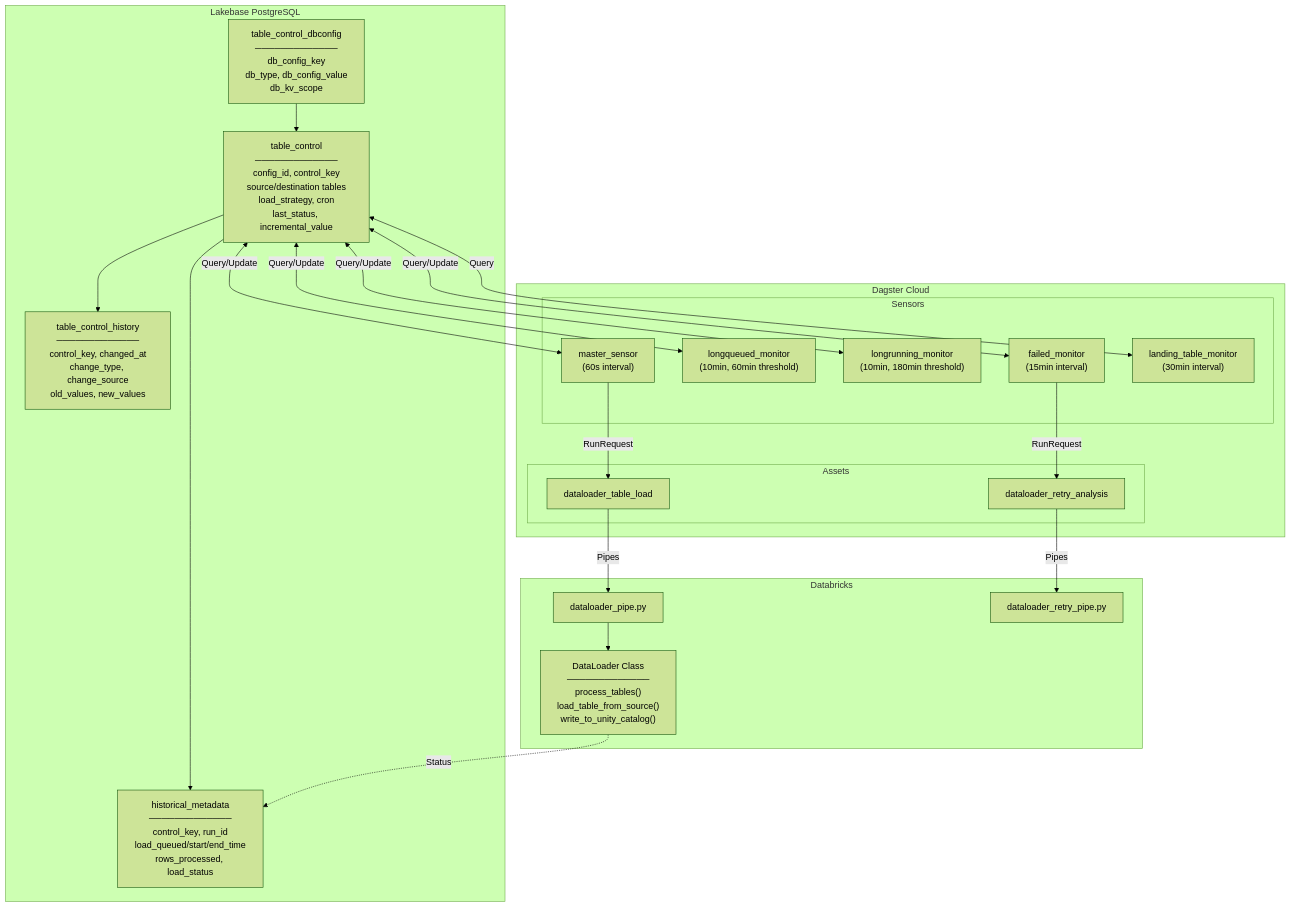
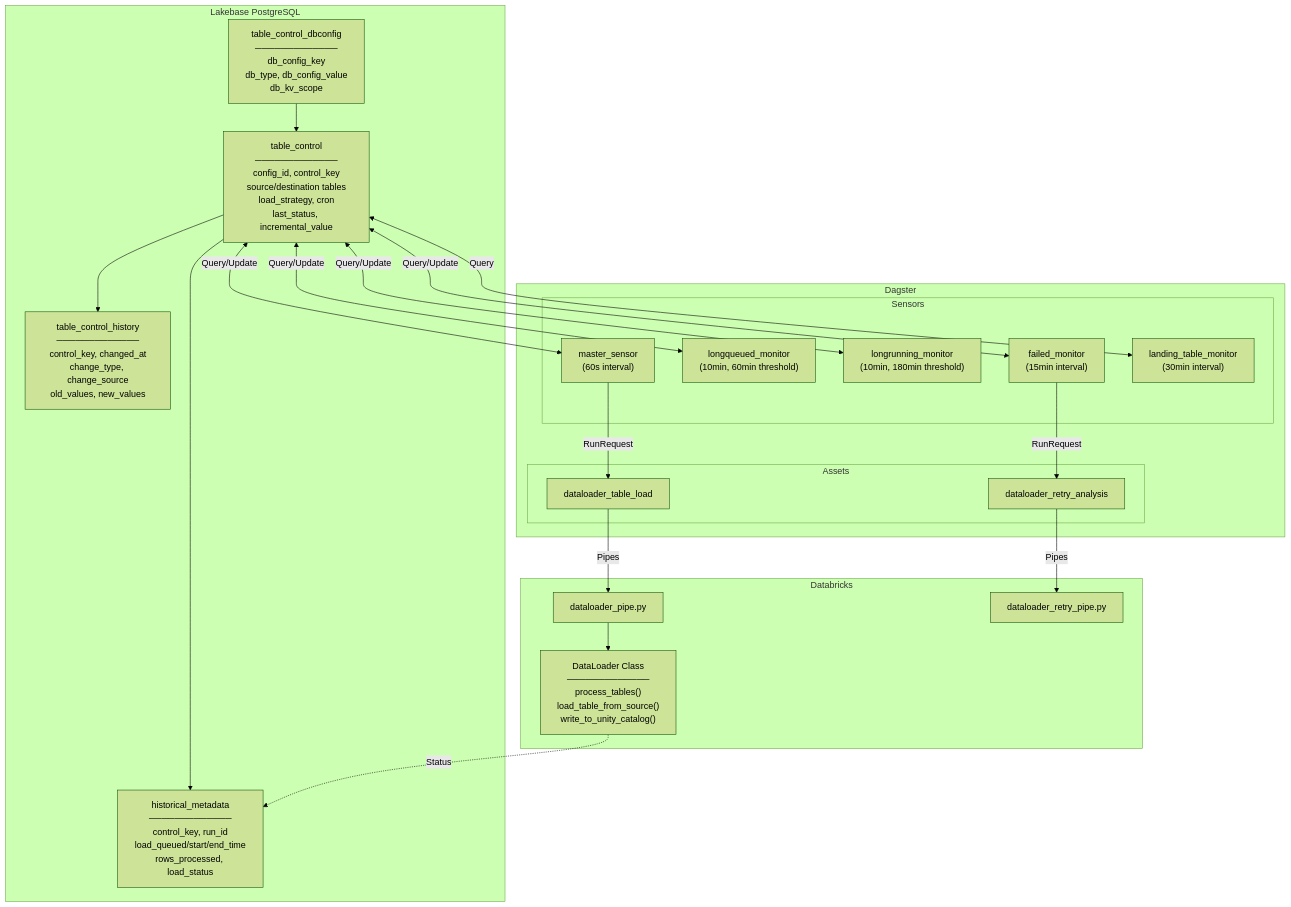
One commit to DakotaDataEng/dataloader-docs changed the second of 7 diagrams in diagrams/02-architecture.md. Above: the diagram before and after it, drawn with Mermaid (forest theme). The commit also changed other lines of this file, not shown here.

Commit message:
Update Dagster Cloud to Dagster in architecture diagrams

````diff
--- a/diagrams/02-architecture.md
+++ b/diagrams/02-architecture.md
@@ -44,50 +44,50 @@
 ```mermaid
 flowchart TB
     subgraph Lakebase["Lakebase PostgreSQL"]
         TC["table_control<br/>─────────────<br/>config_id, control_key<br/>source/destination tables<br/>load_strategy, cron<br/>last_status, incremental_value"]
         TCDB["table_control_dbconfig<br/>─────────────<br/>db_config_key<br/>db_type, db_config_value<br/>db_kv_scope"]
         HM["historical_metadata<br/>─────────────<br/>control_key, run_id<br/>load_queued/start/end_time<br/>rows_processed, load_status"]
         TCH["table_control_history<br/>─────────────<br/>control_key, changed_at<br/>change_type, change_source<br/>old_values, new_values"]
 
         TCDB --> TC
         TC --> HM
         TC --> TCH
     end
 
-    subgraph Dagster["Dagster Cloud"]
+    subgraph Dagster["Dagster"]
         subgraph Sensors["Sensors"]
             MS["master_sensor<br/>(60s interval)"]
             LQM["longqueued_monitor<br/>(10min, 60min threshold)"]
             LRM["longrunning_monitor<br/>(10min, 180min threshold)"]
             FM["failed_monitor<br/>(15min interval)"]
             LTM["landing_table_monitor<br/>(30min interval)"]
         end
 
         subgraph Assets["Assets"]
             ATL["dataloader_table_load"]
             ARA["dataloader_retry_analysis"]
         end
 
         MS -->|RunRequest| ATL
         FM -->|RunRequest| ARA
     end
 
     subgraph Databricks["Databricks"]
         DLP["dataloader_pipe.py"]
         DL["DataLoader Class<br/>─────────────<br/>process_tables()<br/>load_table_from_source()<br/>write_to_unity_catalog()"]
         DRP["dataloader_retry_pipe.py"]
 
         DLP --> DL
     end
 
     TC <-->|Query/Update| MS
     TC <-->|Query/Update| LQM
     TC <-->|Query/Update| LRM
     TC <-->|Query/Update| FM
     TC <-->|Query| LTM
 
     ATL -->|Pipes| DLP
     ARA -->|Pipes| DRP
 
     DL -.->|Status| HM
 ```
````
